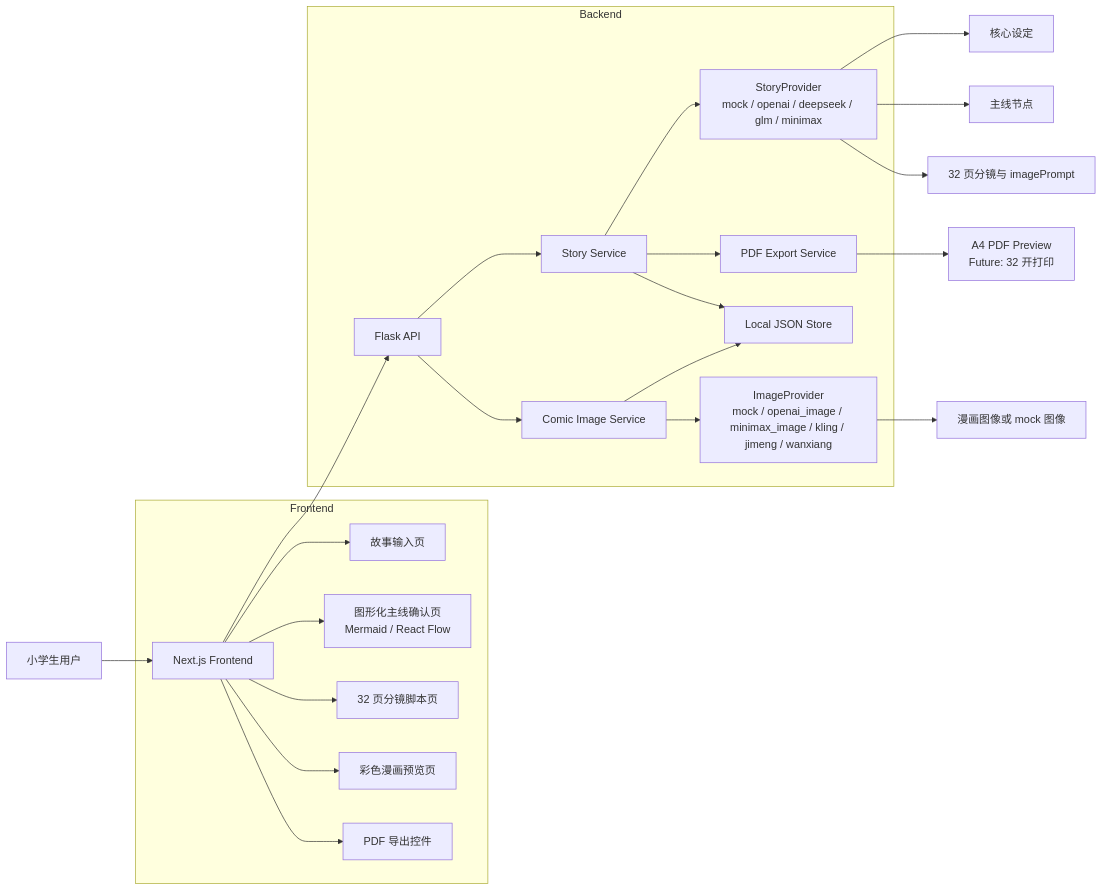
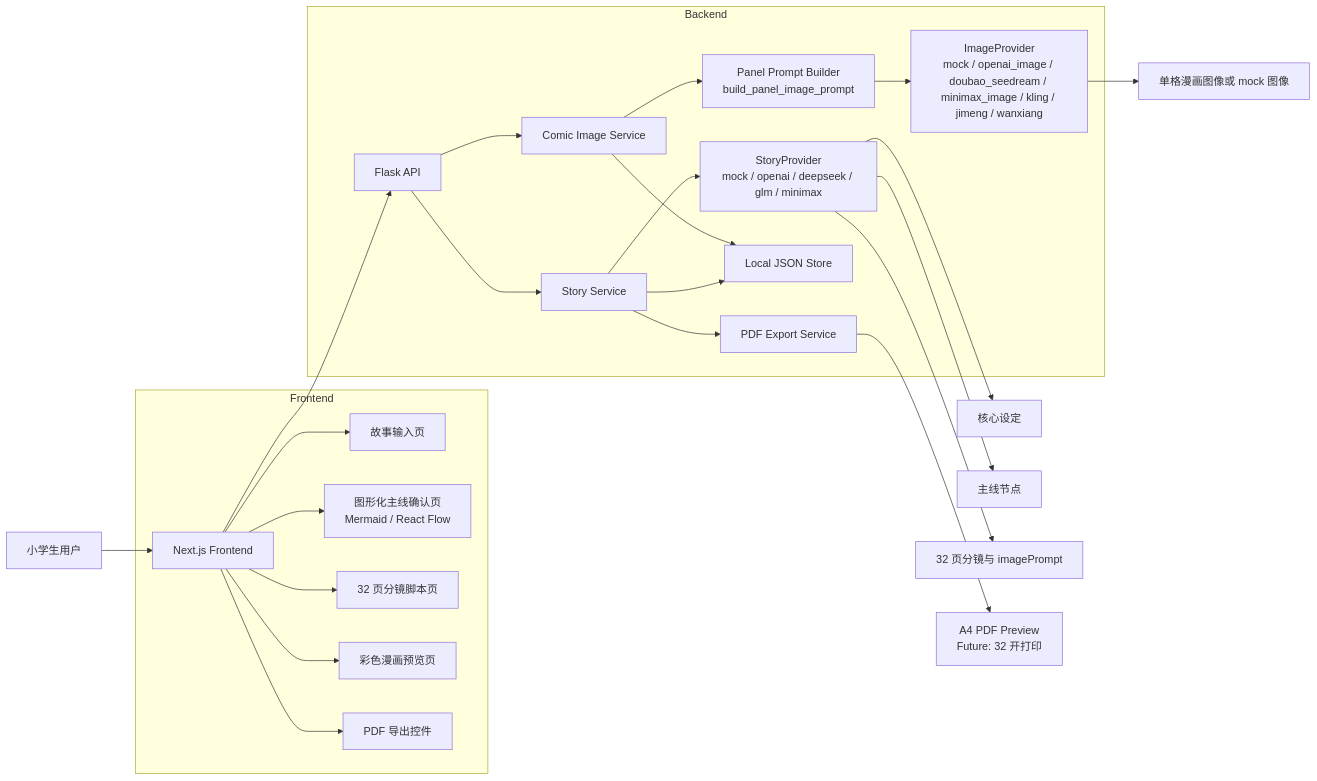
The diagram in docs/ARCHITECTURE.md (yaochx/KidsMindSpark), drawn with Mermaid before and after one commit. The commit also changed other lines of this file and 4 other files, not shown here.

First line of the commit message:
docs(docs): 补充 M11 Panel Prompt Builder 规划 (#10)

````diff
--- a/docs/ARCHITECTURE.md
+++ b/docs/ARCHITECTURE.md
@@ -23,31 +23,32 @@
 ```mermaid
 flowchart LR
     U[小学生用户] --> FE[Next.js Frontend]
 
     subgraph Frontend[Frontend]
         FE --> Input[故事输入页]
         FE --> Timeline[图形化主线确认页<br/>Mermaid / React Flow]
         FE --> Script[32 页分镜脚本页]
         FE --> Preview[彩色漫画预览页]
         FE --> ExportUI[PDF 导出控件]
     end
 
     FE --> API[Flask API]
 
     subgraph Backend[Backend]
         API --> StoryService[Story Service]
         API --> ComicService[Comic Image Service]
         StoryService --> StoryProvider[StoryProvider<br/>mock / openai / deepseek / glm / minimax]
-        ComicService --> ImageProvider[ImageProvider<br/>mock / openai_image / minimax_image / kling / jimeng / wanxiang]
+        ComicService --> PromptBuilder[Panel Prompt Builder<br/>build_panel_image_prompt]
+        PromptBuilder --> ImageProvider[ImageProvider<br/>mock / openai_image / doubao_seedream / minimax_image / kling / jimeng / wanxiang]
         StoryService --> JsonStore[Local JSON Store]
         ComicService --> JsonStore
         StoryService --> PdfService[PDF Export Service]
     end
 
     StoryProvider --> Outline[核心设定]
     StoryProvider --> TimelineData[主线节点]
     StoryProvider --> ScriptData[32 页分镜与 imagePrompt]
-    ImageProvider --> ComicImages[漫画图像或 mock 图像]
+    ImageProvider --> ComicImages[单格漫画图像或 mock 图像]
 
     PdfService --> PDF[A4 PDF Preview<br/>Future: 32 开打印]
 ```
````
